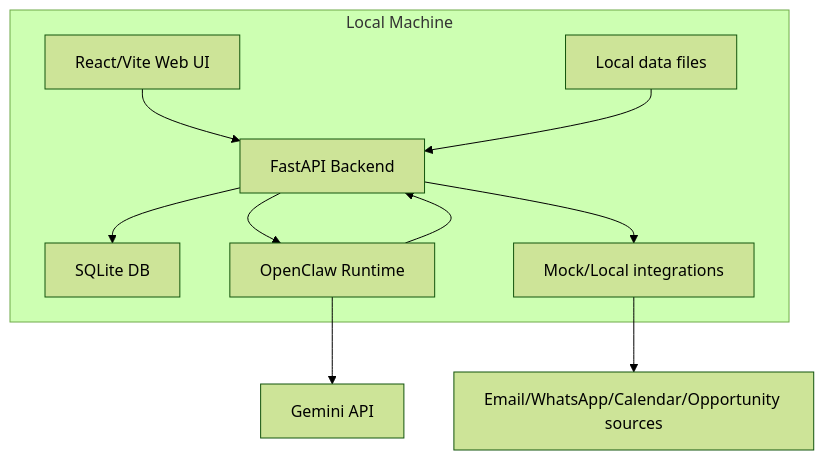
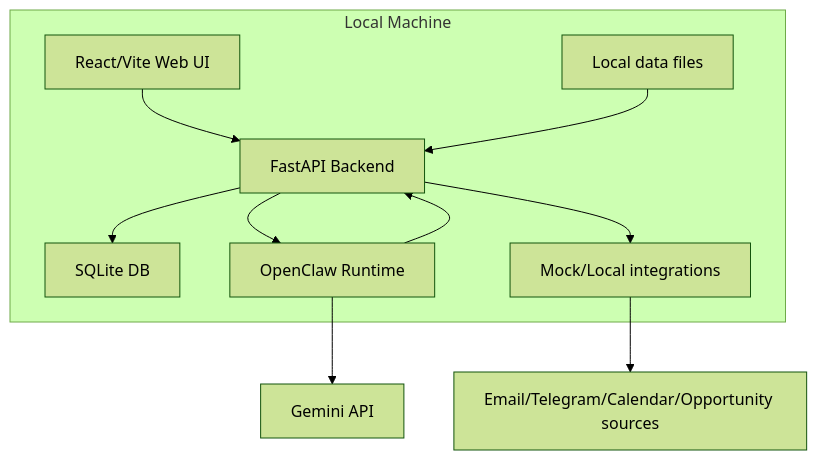
Before and after one commit to Ajay-ch7/StudentLife_OS: the seventh of 12 diagrams in ARCHITECTURE.md, drawn with Mermaid (forest theme). The commit also changed other lines of this file and 44 other files, not shown here.

````diff
--- a/ARCHITECTURE.md
+++ b/ARCHITECTURE.md
@@ -614,23 +614,23 @@
 ```mermaid
 flowchart TB
     subgraph Local Machine
         A[React/Vite Web UI]
         B[FastAPI Backend]
         C[SQLite DB]
         D[OpenClaw Runtime]
         E[Local data files]
         F[Mock/Local integrations]
     end
 
     G[Gemini API]
-    H[Email/WhatsApp/Calendar/Opportunity sources]
+    H[Email/Telegram/Calendar/Opportunity sources]
 
     A --> B
     B --> C
     B --> D
     D --> B
     D --> G
     B --> F
     F --> H
     E --> B
 ```
````
